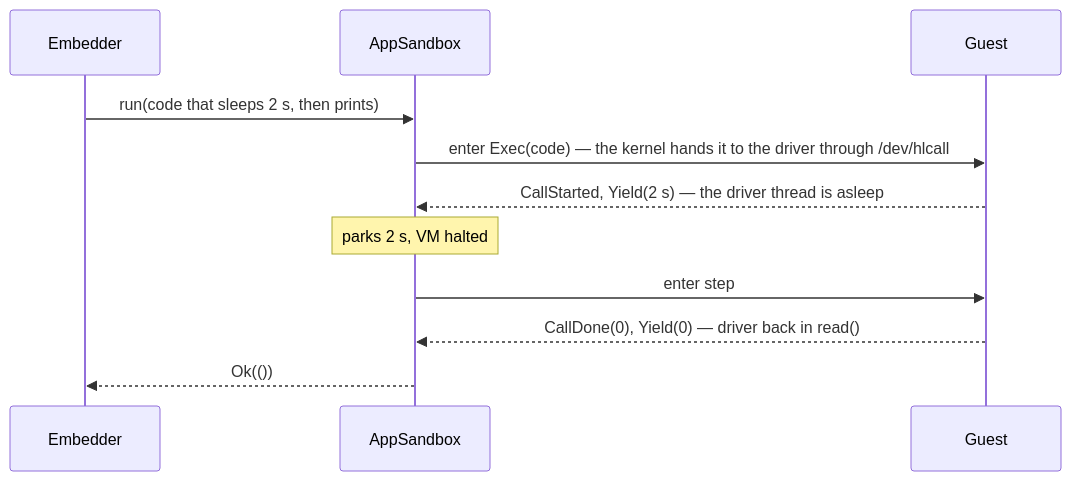
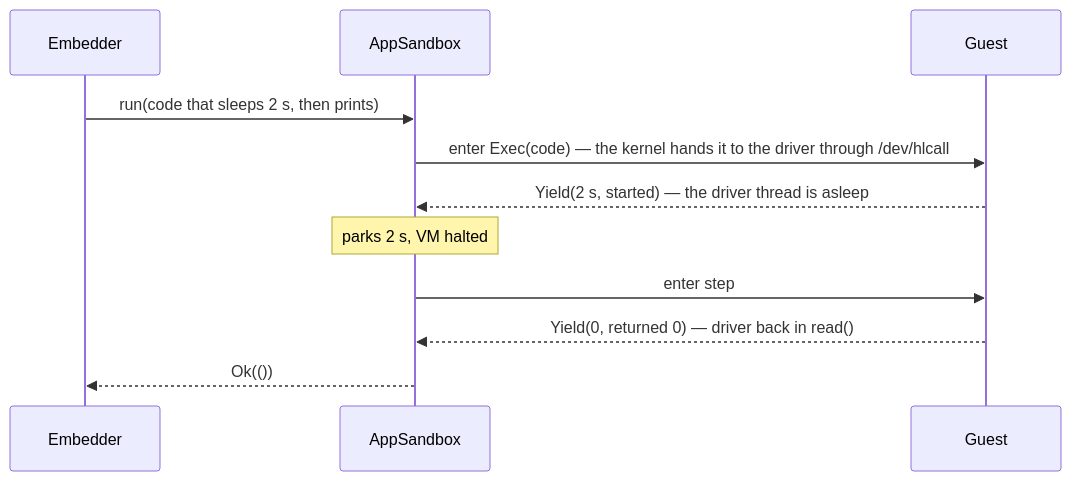
The fourth of 7 diagrams in docs/execution.md (hyperlight-dev/hyperlight-unikraft), drawn with Mermaid before and after one commit. The commit also changed other lines of this file and 9 other files, not shown here.

````diff
--- a/docs/execution.md
+++ b/docs/execution.md
@@ -107,14 +106,14 @@
 ```mermaid
 sequenceDiagram
     participant A as Embedder
     participant S as AppSandbox
     participant G as Guest
 
     A->>S: run(code that sleeps 2 s, then prints)
     S->>G: enter Exec(code) — the kernel hands it to the driver through /dev/hlcall
-    G-->>S: CallStarted, Yield(2 s) — the driver thread is asleep
+    G-->>S: Yield(2 s, started) — the driver thread is asleep
     Note over S: parks 2 s, VM halted
     S->>G: enter step
-    G-->>S: CallDone(0), Yield(0) — driver back in read()
+    G-->>S: Yield(0, returned 0) — driver back in read()
     S-->>A: Ok(())
 ```
````
